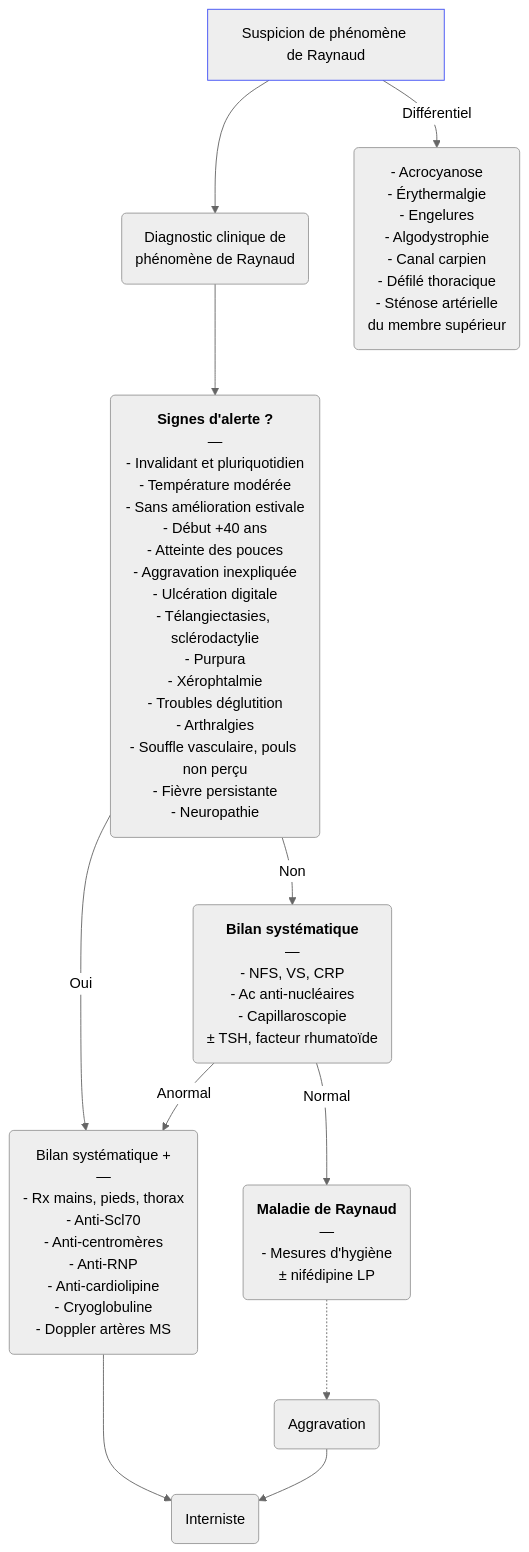
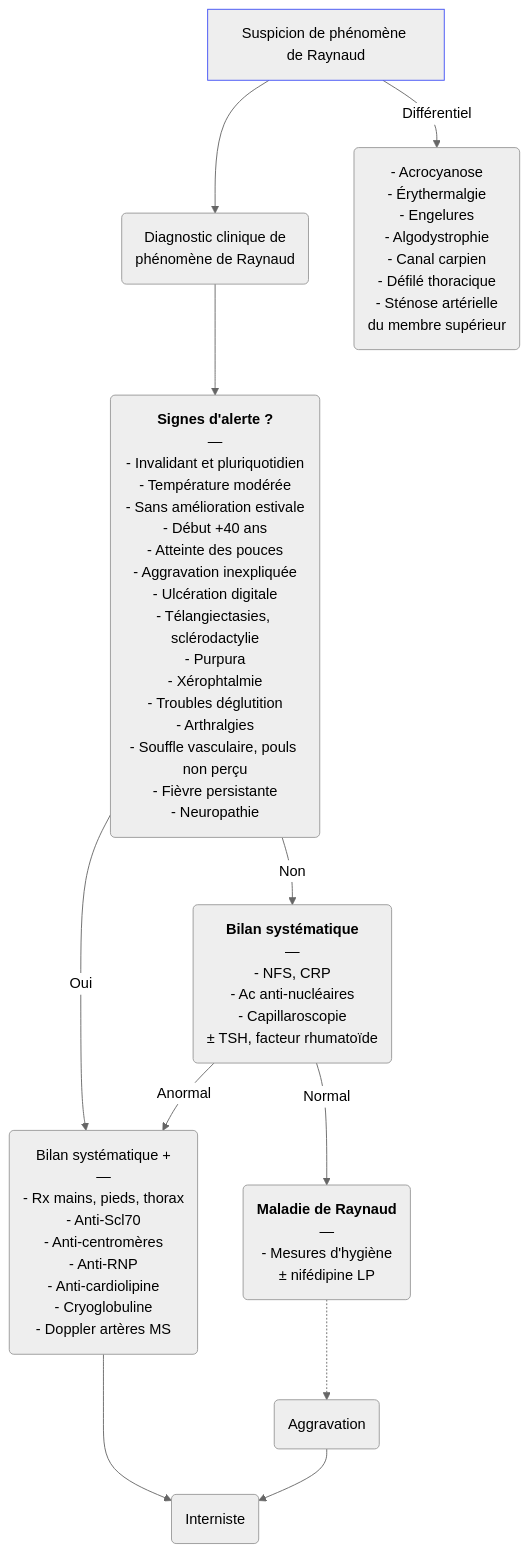
The diagram in content/recommandations/phenomene-raynaud.md (djibe/recommandations-medicales), drawn with Mermaid (neutral theme) before and after one commit. The commit also changed other lines of this file and 13 other files, not shown here.

```diff
--- a/content/recommandations/phenomene-raynaud.md
+++ b/content/recommandations/phenomene-raynaud.md
@@ -236,14 +236,14 @@
 {{< mermaid title="Prise en charge et cpnduite à tenir devant un phénomène de Raynaud. Dr JB Fron d'après Filière maladie rares 2023 et Collèges" >}}
 graph TB
 susp[Suspicion de phénomène de Raynaud]
 style susp stroke:#4150f5, stroke-width:1px
   susp --> diagnostic("Diagnostic clinique de<br>phénomène de Raynaud")
   susp -- Différentiel --> differentiel("- Acrocyanose<br>- Érythermalgie<br>- Engelures<br>- Algodystrophie<br>- Canal carpien<br>- Défilé thoracique<br>- Sténose artérielle<br>du membre supérieur")
     diagnostic --> gravite("<b>Signes d'alerte ?</b><br>—<br>- Invalidant et pluriquotidien<br>- Température modérée<br>- Sans amélioration estivale<br>- Début +40 ans<br>- Atteinte des pouces<br>- Aggravation inexpliquée<br>- Ulcération digitale<br>- Télangiectasies, sclérodactylie<br>- Purpura<br>- Xérophtalmie<br>- Troubles déglutition<br>- Arthralgies<br>- Souffle vasculaire, pouls non perçu<br>- Fièvre persistante<br>- Neuropathie")
     gravite -- Oui --> bilanComp("Bilan systématique +<br>—<br>- Rx mains, pieds, thorax<br>- Anti-Scl70<br>- Anti-centromères<br>- Anti-RNP<br>- Anti-cardiolipine<br>- Cryoglobuline<br>- Doppler artères MS")
       bilanComp --> interniste(Interniste)
-    gravite -- Non --> bilan("<b>Bilan systématique</b><br>—<br>- NFS, VS, CRP<br>- Ac anti-nucléaires<br>- Capillaroscopie<br>± TSH, facteur rhumatoïde")
+    gravite -- Non --> bilan("<b>Bilan systématique</b><br>—<br>- NFS, CRP<br>- Ac anti-nucléaires<br>- Capillaroscopie<br>± TSH, facteur rhumatoïde")
       bilan -- Normal --> maladie("<b>Maladie de Raynaud</b><br>—<br>- Mesures d'hygiène<br>± nifédipine LP")
         maladie -.-> aggravation(Aggravation) --> interniste
       bilan -- Anormal --> bilanComp
 {{< /mermaid >}}
```
